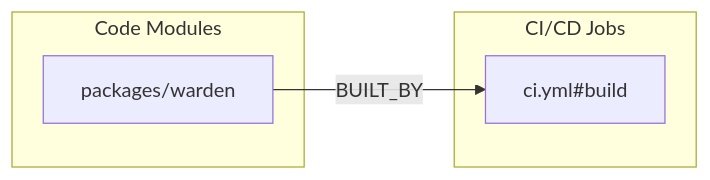
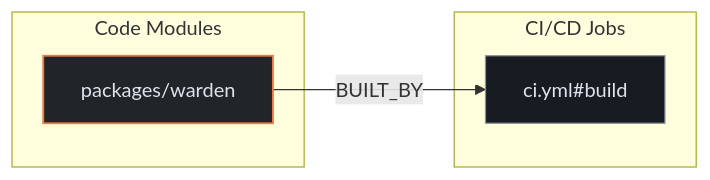
Before and after one commit to kumarshaz/atruss-code-atlas: the second of 3 diagrams in exports/latest/reports/getsentry-warden-report.md, drawn with Mermaid. The commit also changed other lines of this file and 331 other files, not shown here.

Commit message:
docs,ui,fix: update SDLC docs, reorder CI/CD DAG first, stylize Mermaid, and fix Arc42 pipeline topology

````diff
--- a/exports/latest/reports/getsentry-warden-report.md
+++ b/exports/latest/reports/getsentry-warden-report.md
@@ -207,10 +214,14 @@
 ```mermaid
 flowchart LR
+    classDef atlasCategory fill:#212428,stroke:#E87A48,stroke-width:1.5px,color:#dfe3eb
+    classDef atlasWorkflow fill:#1b2026,stroke:#a3c9ff,stroke-width:1.5px,color:#dfe3eb
+    classDef atlasJob fill:#171c22,stroke:#8d9199,stroke-width:1px,color:#dfe3eb
+    classDef atlasTarget fill:#005227,stroke:#8bd99b,stroke-width:1.5px,color:#a7f6b6
     subgraph code_modules["Code Modules"]
-        mod_packages_warden["packages/warden"]
+        mod_packages_warden["packages/warden"]:::atlasCategory
     end
     subgraph ci_jobs["CI/CD Jobs"]
-        job_ci_yml_build["ci.yml#build"]
+        job_ci_yml_build["ci.yml#build"]:::atlasJob
     end
     mod_packages_warden -->|BUILT_BY| job_ci_yml_build
 ```
````
